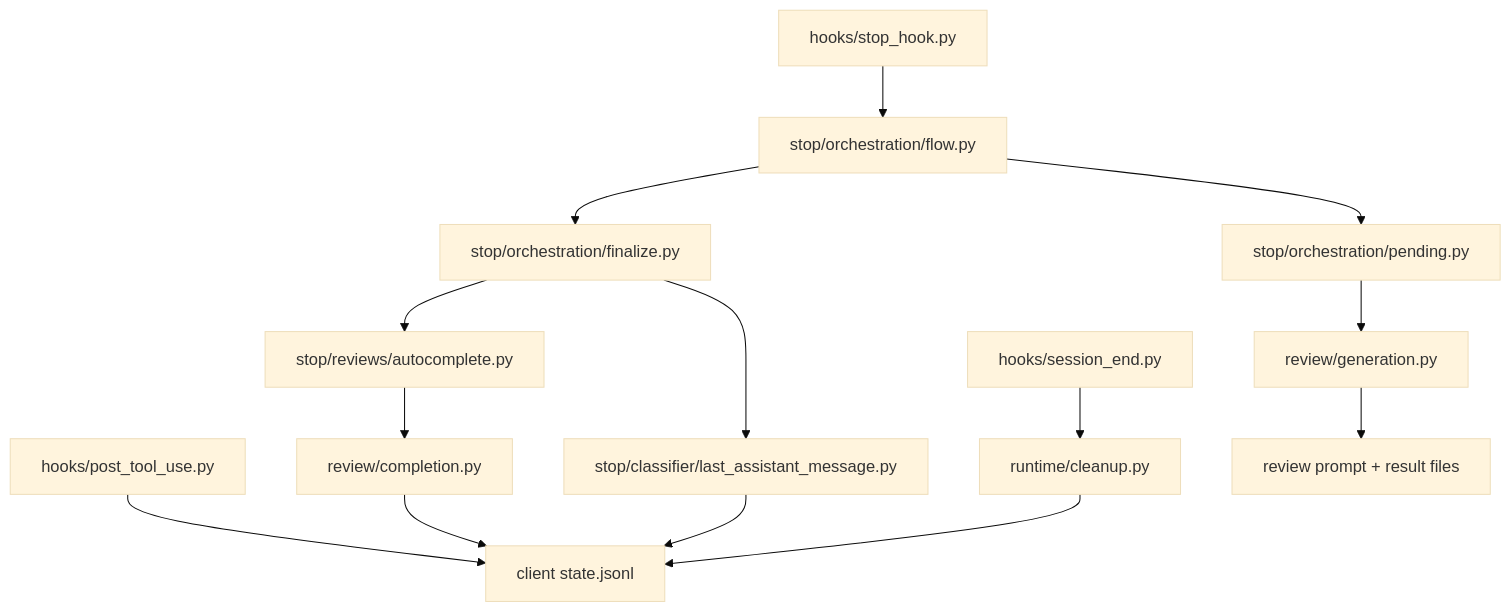
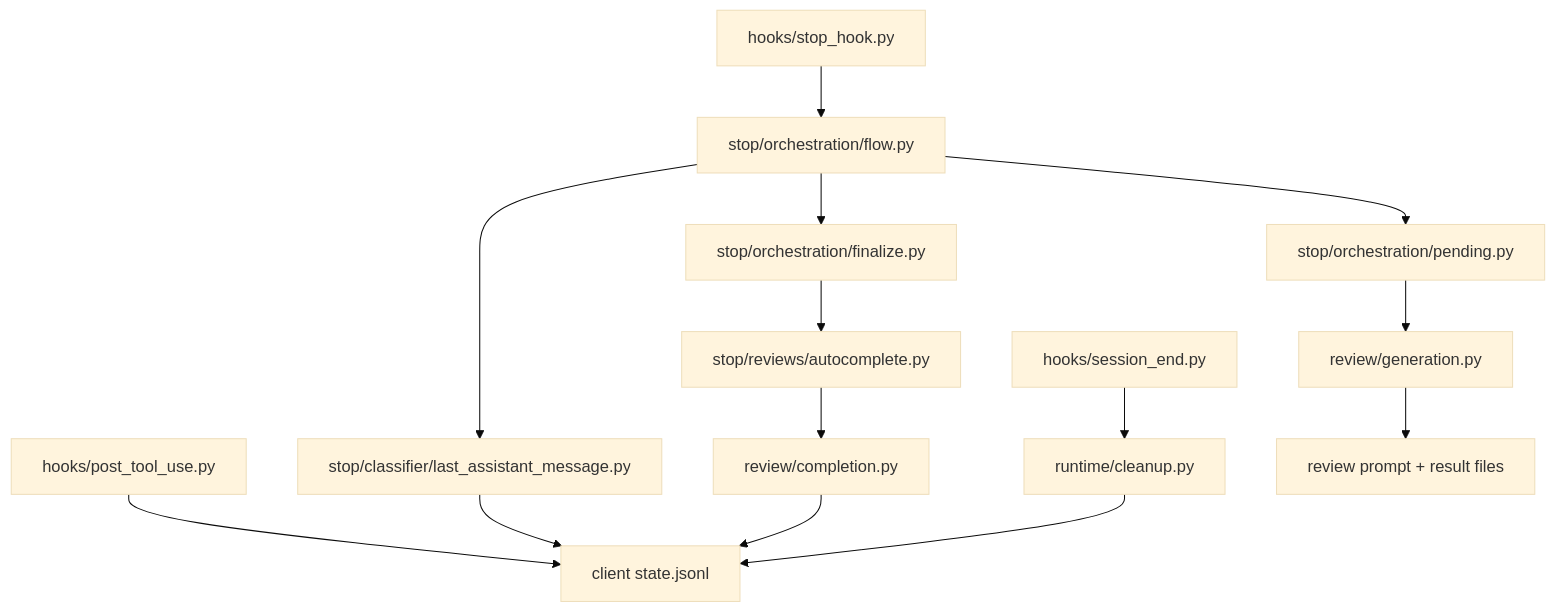
The first of 2 diagrams in AGENTS.md (tudragon154203/claude-auto-review), drawn with Mermaid (base theme) before and after one commit. The commit also changed other lines of this file and 7 other files, not shown here.

Commit message:
Run stop classifier before review resolution

````diff
--- a/AGENTS.md
+++ b/AGENTS.md
@@ -7,18 +7,18 @@
 ```mermaid
 flowchart TD
   HookPost[hooks/post_tool_use.py] --> State["client state.jsonl"]
   HookStop[hooks/stop_hook.py] --> Flow[stop/orchestration/flow.py]
   HookEnd[hooks/session_end.py] --> Cleanup[runtime/cleanup.py]
 
+  Flow --> Classifier[stop/classifier/last_assistant_message.py]
+  Classifier --> State
   Flow --> Pending[stop/orchestration/pending.py]
   Pending --> ReviewGen[review/generation.py]
   Finalize --> AutoReview[stop/reviews/autocomplete.py]
   AutoReview --> ReviewComp[review/completion.py]
   Flow --> Finalize[stop/orchestration/finalize.py]
-  Finalize --> Classifier[stop/classifier/last_assistant_message.py]
 
   ReviewGen --> ReviewFile["review prompt + result files"]
   ReviewComp --> State
-  Classifier --> State
   Cleanup --> State
 ```
````
